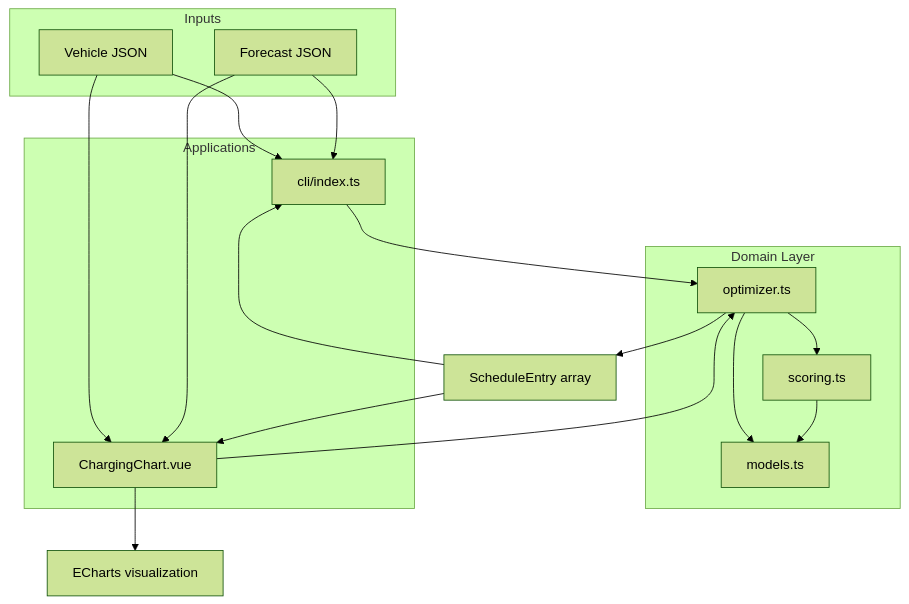
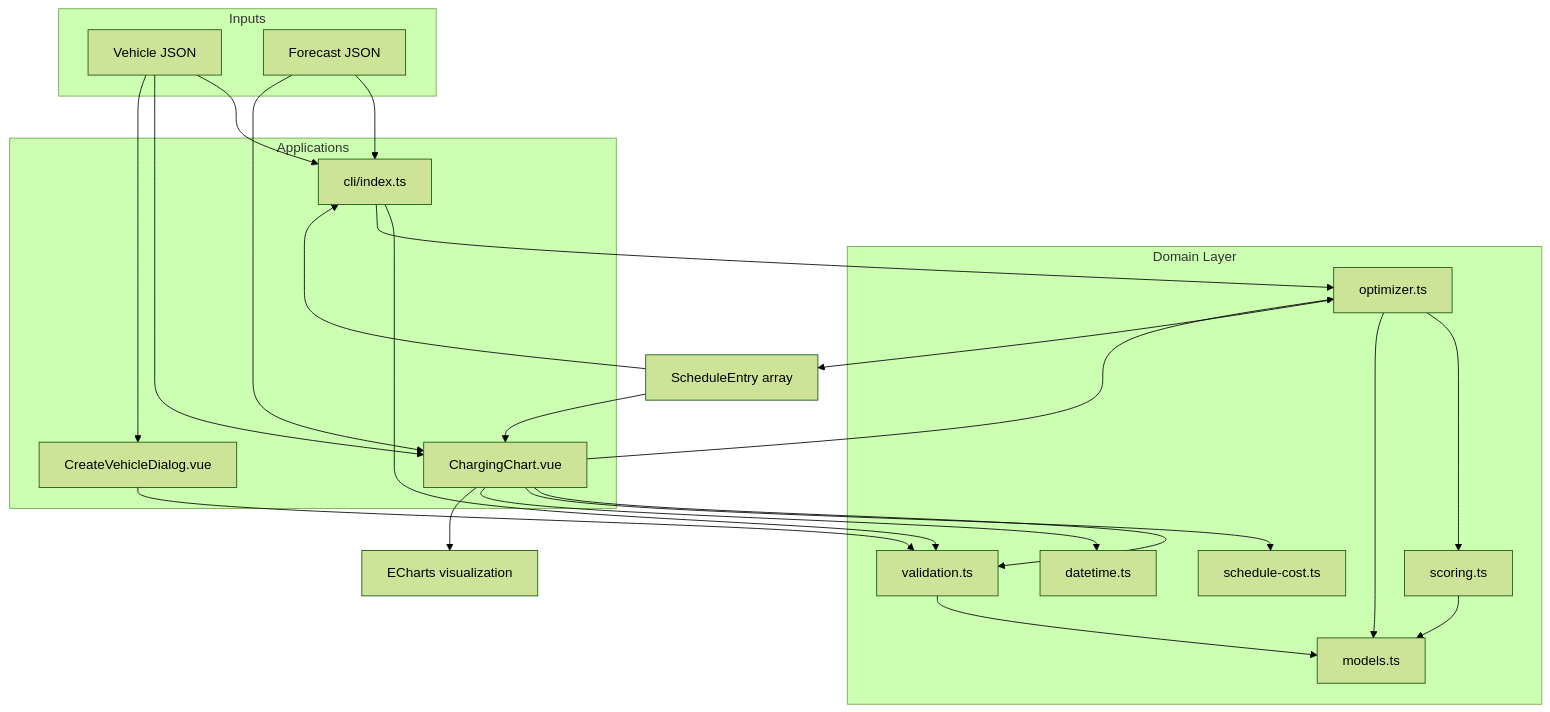
Before and after one commit to maitrux/ev-charging-optimizer: the first of 3 diagrams in README.md, drawn with Mermaid (forest theme). The commit also changed other lines of this file and 1 other file, not shown here.

````diff
--- a/README.md
+++ b/README.md
@@ -30,36 +39,48 @@
 ```mermaid
 flowchart TB
   subgraph inputs [Inputs]
     V[Vehicle JSON]
     F[Forecast JSON]
   end
 
   subgraph domain [Domain Layer]
     M[models.ts]
+    VAL[validation.ts]
     S[scoring.ts]
     O[optimizer.ts]
+    COST[schedule-cost.ts]
+    DT[datetime.ts]
   end
 
   subgraph apps [Applications]
     CLI[cli/index.ts]
     UI[ChargingChart.vue]
+    DIALOG[CreateVehicleDialog.vue]
   end
 
   V --> CLI
   F --> CLI
   V --> UI
   F --> UI
+  V --> DIALOG
+
+  CLI --> VAL
+  UI --> VAL
+  DIALOG --> VAL
 
   CLI --> O
   UI --> O
 
   O --> S
   O --> M
   S --> M
+  VAL --> M
 
   O --> SCHED[ScheduleEntry array]
   SCHED --> CLI
   SCHED --> UI
 
+  UI --> COST
+  UI --> DT
   UI --> CHART[ECharts visualization]
 ```
````
